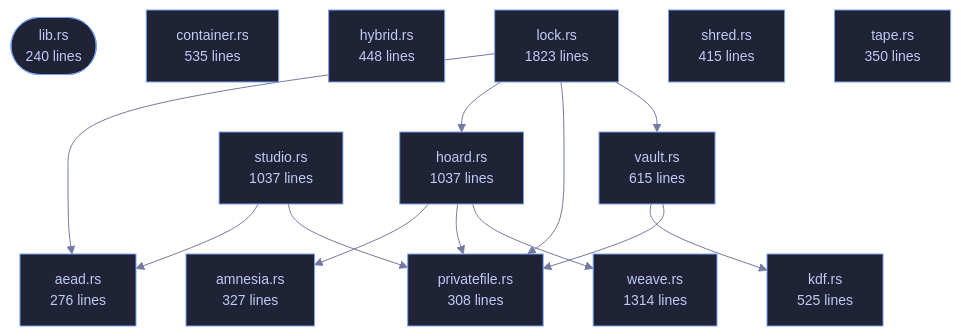
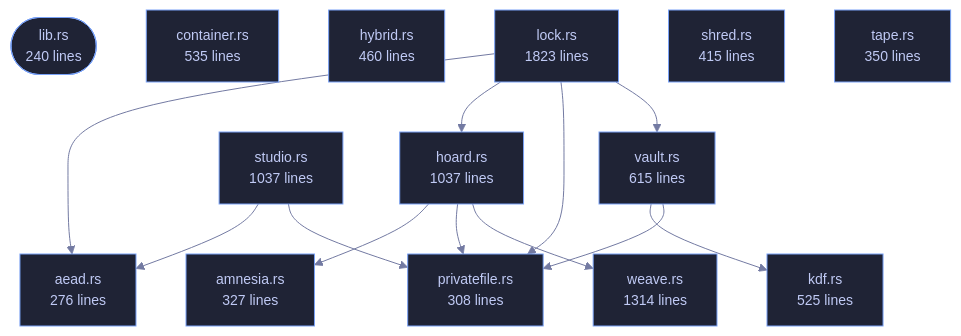
One commit to tilas01/veilvoice changed the diagram in crates/veilvoice-crypto/README.md. Above: the diagram before and after it, drawn with Mermaid. The commit also changed other lines of this file and 68 other files, not shown here.

````diff
--- a/crates/veilvoice-crypto/README.md
+++ b/crates/veilvoice-crypto/README.md
@@ -108,43 +108,43 @@
 ```mermaid
 %%{init: {"theme":"base","themeVariables":{"background":"#1a1b26","primaryColor":"#1f2335","primaryTextColor":"#c0caf5","primaryBorderColor":"#7aa2f7","secondaryColor":"#16161e","tertiaryColor":"#16161e","lineColor":"#737aa2","textColor":"#c0caf5","mainBkg":"#1f2335","nodeBorder":"#7aa2f7","clusterBkg":"#16161e","clusterBorder":"#2f3549","fontFamily":"ui-monospace, SFMono-Regular, Consolas, monospace","fontSize":"14px"}}}%%
 flowchart TD
     n_lib(["lib.rs<br/>240 lines"])
     n_aead["aead.rs<br/>276 lines"]
     n_amnesia["amnesia.rs<br/>327 lines"]
     n_container["container.rs<br/>535 lines"]
     n_hoard["hoard.rs<br/>1037 lines"]
-    n_hybrid["hybrid.rs<br/>448 lines"]
+    n_hybrid["hybrid.rs<br/>460 lines"]
     n_kdf["kdf.rs<br/>525 lines"]
     n_lock["lock.rs<br/>1823 lines"]
     n_privatefile["privatefile.rs<br/>308 lines"]
     n_shred["shred.rs<br/>415 lines"]
     n_studio["studio.rs<br/>1037 lines"]
     n_tape["tape.rs<br/>350 lines"]
     n_vault["vault.rs<br/>615 lines"]
     n_weave["weave.rs<br/>1314 lines"]
     n_hoard --> n_amnesia
     n_hoard --> n_privatefile
     n_hoard --> n_weave
     n_lock --> n_aead
     n_lock --> n_hoard
     n_lock --> n_privatefile
     n_lock --> n_vault
     n_studio --> n_aead
     n_studio --> n_privatefile
     n_vault --> n_kdf
     n_vault --> n_privatefile
     click n_lib href "https://github.com/tilas01/veilvoice/blob/main/crates/veilvoice-crypto/src/lib.rs" "open the source"
     click n_aead href "https://github.com/tilas01/veilvoice/blob/main/crates/veilvoice-crypto/src/aead.rs" "open the source"
     click n_amnesia href "https://github.com/tilas01/veilvoice/blob/main/crates/veilvoice-crypto/src/amnesia.rs" "open the source"
     click n_container href "https://github.com/tilas01/veilvoice/blob/main/crates/veilvoice-crypto/src/container.rs" "open the source"
     click n_hoard href "https://github.com/tilas01/veilvoice/blob/main/crates/veilvoice-crypto/src/hoard.rs" "open the source"
     click n_hybrid href "https://github.com/tilas01/veilvoice/blob/main/crates/veilvoice-crypto/src/hybrid.rs" "open the source"
     click n_kdf href "https://github.com/tilas01/veilvoice/blob/main/crates/veilvoice-crypto/src/kdf.rs" "open the source"
     click n_lock href "https://github.com/tilas01/veilvoice/blob/main/crates/veilvoice-crypto/src/lock.rs" "open the source"
     click n_privatefile href "https://github.com/tilas01/veilvoice/blob/main/crates/veilvoice-crypto/src/privatefile.rs" "open the source"
     click n_shred href "https://github.com/tilas01/veilvoice/blob/main/crates/veilvoice-crypto/src/shred.rs" "open the source"
     click n_studio href "https://github.com/tilas01/veilvoice/blob/main/crates/veilvoice-crypto/src/studio.rs" "open the source"
     click n_tape href "https://github.com/tilas01/veilvoice/blob/main/crates/veilvoice-crypto/src/tape.rs" "open the source"
     click n_vault href "https://github.com/tilas01/veilvoice/blob/main/crates/veilvoice-crypto/src/vault.rs" "open the source"
     click n_weave href "https://github.com/tilas01/veilvoice/blob/main/crates/veilvoice-crypto/src/weave.rs" "open the source"
 ```
````
